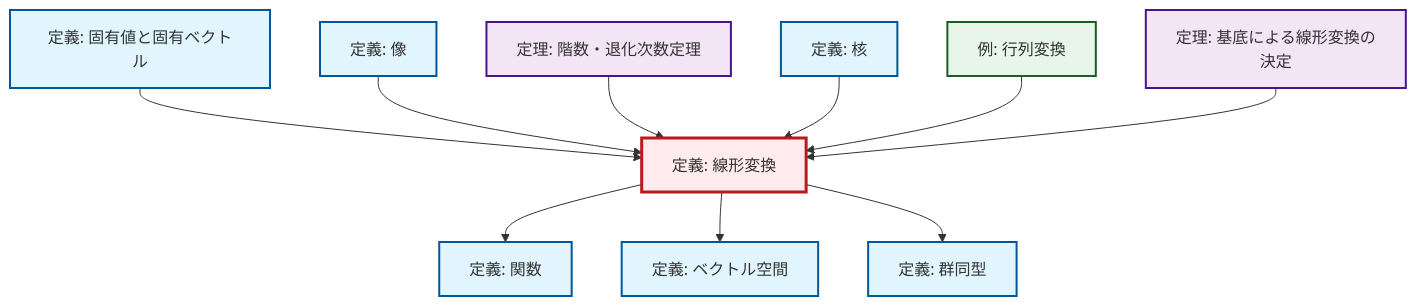
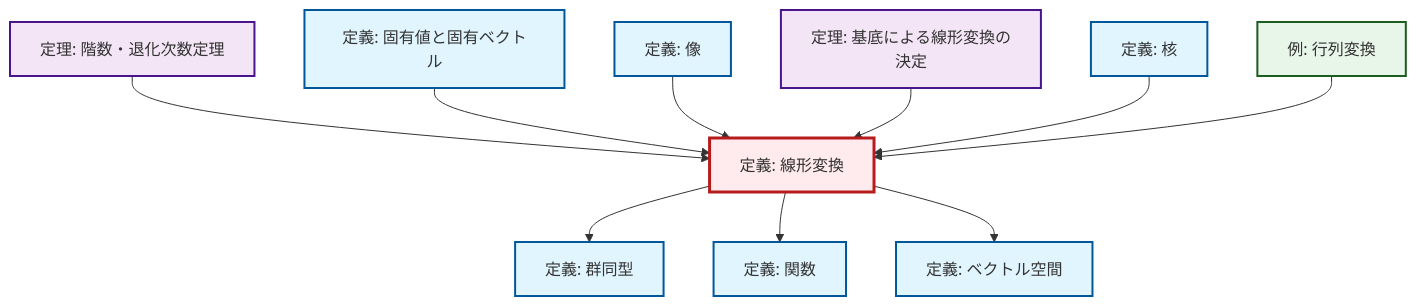
One commit to RK0429/ModernMath changed the diagram in content/ja/algebra/def-linear-transformation.qmd. Above: the diagram before and after it, drawn with Mermaid. The commit also changed 672 other files, not shown here.

````diff
--- a/content/ja/algebra/def-linear-transformation.qmd
+++ b/content/ja/algebra/def-linear-transformation.qmd
@@ -48,38 +48,38 @@
 ```{mermaid}
-%%| fig-cap: "Local dependency graph"
+%%| fig-cap: "ローカル依存関係グラフ"
 graph TD
     classDef definition fill:#e1f5fe,stroke:#01579b,stroke-width:2px
     classDef theorem fill:#f3e5f5,stroke:#4a148c,stroke-width:2px
     classDef axiom fill:#fff3e0,stroke:#e65100,stroke-width:2px
     classDef example fill:#e8f5e9,stroke:#1b5e20,stroke-width:2px
     classDef current fill:#ffebee,stroke:#b71c1c,stroke-width:3px
-    def-kernel["定義: 核"]:::definition
-    thm-linear-transformation-basis["定理: 基底による線形変換の決定"]:::theorem
-    def-vector-space["定義: ベクトル空間"]:::definition
-    def-isomorphism["定義: 群同型"]:::definition
-    def-linear-transformation["定義: 線形変換"]:::definition
     thm-rank-nullity["定理: 階数・退化次数定理"]:::theorem
     def-image["定義: 像"]:::definition
+    ex-matrix-transformation["例: 行列変換"]:::example
     def-eigenvalue-eigenvector["定義: 固有値と固有ベクトル"]:::definition
+    def-isomorphism["定義: 群同型"]:::definition
     def-function["定義: 関数"]:::definition
-    ex-matrix-transformation["例: 行列変換"]:::example
+    def-linear-transformation["定義: 線形変換"]:::definition
+    def-kernel["定義: 核"]:::definition
+    def-vector-space["定義: ベクトル空間"]:::definition
+    thm-linear-transformation-basis["定理: 基底による線形変換の決定"]:::theorem
+    def-linear-transformation --> def-isomorphism
+    thm-rank-nullity --> def-linear-transformation
     def-eigenvalue-eigenvector --> def-linear-transformation
     def-image --> def-linear-transformation
+    thm-linear-transformation-basis --> def-linear-transformation
     def-linear-transformation --> def-function
+    def-kernel --> def-linear-transformation
+    ex-matrix-transformation --> def-linear-transformation
     def-linear-transformation --> def-vector-space
-    thm-rank-nullity --> def-linear-transformation
-    def-kernel --> def-linear-transformation
-    def-linear-transformation --> def-isomorphism
-    ex-matrix-transformation --> def-linear-transformation
-    thm-linear-transformation-basis --> def-linear-transformation
     class def-linear-transformation current
-    click def-kernel "def-kernel.html" "核の定義へ"
-    click thm-linear-transformation-basis "thm-linear-transformation-basis.html" "基底による線形変換の決定の定理へ"
-    click def-vector-space "def-vector-space.html" "ベクトル空間の定義へ"
-    click def-isomorphism "def-isomorphism.html" "群同型の定義へ"
     click thm-rank-nullity "thm-rank-nullity.html" "階数・退化次数定理の定理へ"
     click def-image "def-image.html" "像の定義へ"
+    click ex-matrix-transformation "ex-matrix-transformation.html" "行列変換の例へ"
     click def-eigenvalue-eigenvector "def-eigenvalue-eigenvector.html" "固有値と固有ベクトルの定義へ"
+    click def-isomorphism "def-isomorphism.html" "群同型の定義へ"
     click def-function "def-function.html" "関数の定義へ"
-    click ex-matrix-transformation "ex-matrix-transformation.html" "行列変換の例へ"
+    click def-kernel "def-kernel.html" "核の定義へ"
+    click def-vector-space "def-vector-space.html" "ベクトル空間の定義へ"
+    click thm-linear-transformation-basis "thm-linear-transformation-basis.html" "基底による線形変換の決定の定理へ"
 ```
````
